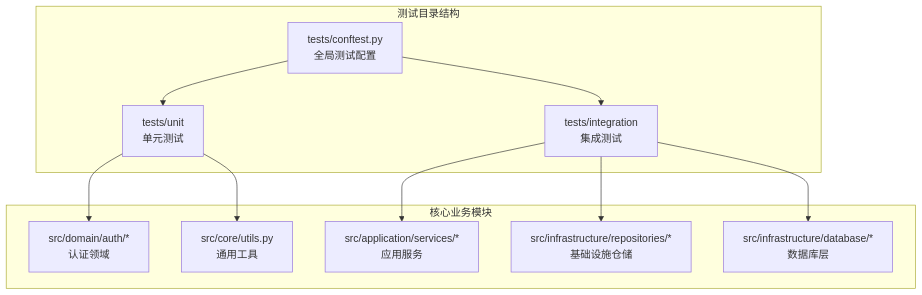
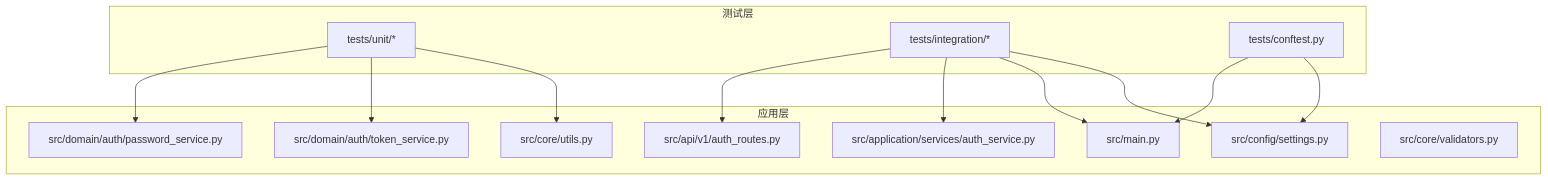
One commit to taoweidong/Hello-FastApi changed the first of 5 diagrams in .qoder/repowiki/zh/content/测试策略/测试策略.md. Above: the diagram before and after it, drawn with Mermaid. The commit also changed other lines of this file and 119 other files, not shown here.

````diff
--- a/.qoder/repowiki/zh/content/测试策略/测试策略.md
+++ b/.qoder/repowiki/zh/content/测试策略/测试策略.md
@@ -52,22 +39,27 @@
 ```mermaid
 graph TB
-subgraph "测试目录结构"
-U["tests/unit<br/>单元测试"]
-I["tests/integration<br/>集成测试"]
-C["tests/conftest.py<br/>全局测试配置"]
+subgraph "测试层"
+U["tests/unit/*"]
+I["tests/integration/*"]
+C["tests/conftest.py"]
 end
-subgraph "核心业务模块"
-P["src/domain/auth/*<br/>认证领域"]
-K["src/core/utils.py<br/>通用工具"]
-S["src/application/services/*<br/>应用服务"]
-R["src/infrastructure/repositories/*<br/>基础设施仓储"]
-D["src/infrastructure/database/*<br/>数据库层"]
+subgraph "应用层"
+M["src/main.py"]
+S["src/config/settings.py"]
+AR["src/api/v1/auth_routes.py"]
+AS["src/application/services/auth_service.py"]
+PS["src/domain/auth/password_service.py"]
+TS["src/domain/auth/token_service.py"]
+UT["src/core/utils.py"]
+VL["src/core/validators.py"]
 end
-U --> P
-U --> K
+U --> PS
+U --> TS
+U --> UT
+I --> AR
+I --> AS
+I --> M
 I --> S
-I --> R
-I --> D
-C --> I
-C --> U
+C --> M
+C --> S
 ```
````
